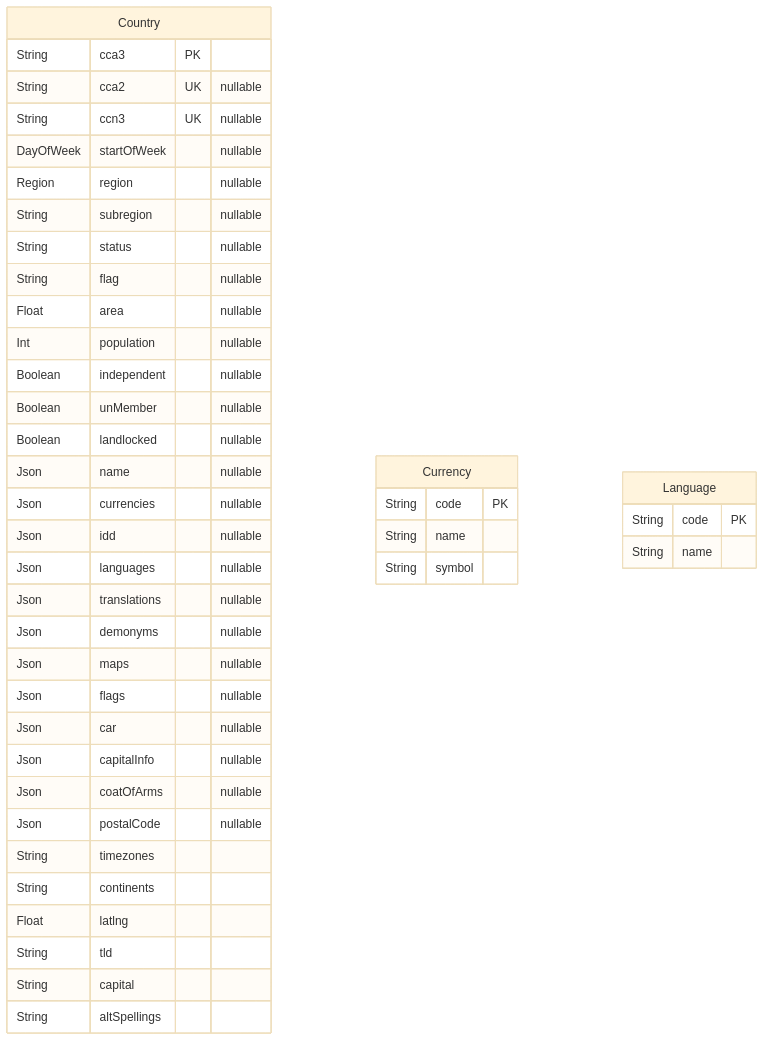
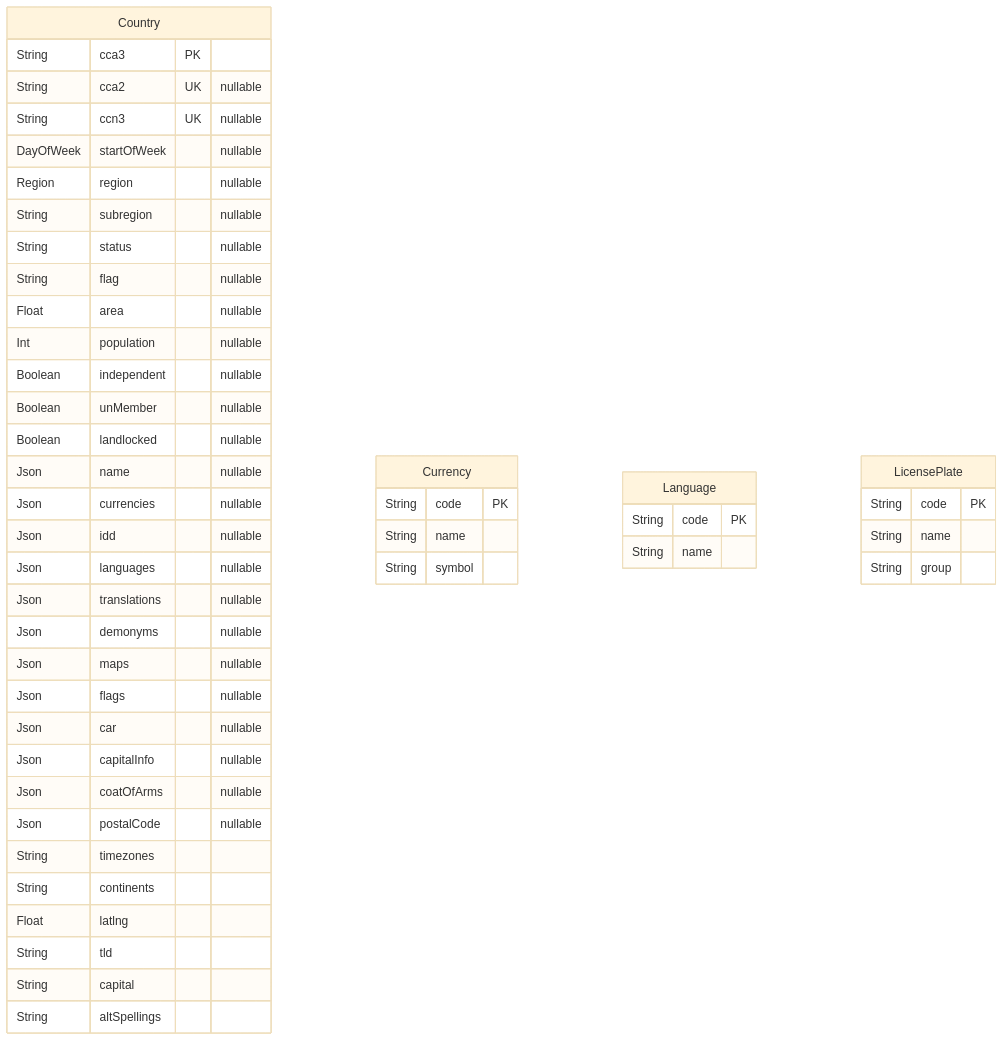
Before and after one commit to hieudoanm/hieudoanm.github.io: the diagram in api/prisma/README.md, drawn with Mermaid (base theme). The commit also changed other lines of this file and 19 other files, not shown here.

Commit message:
Add License Plate

````diff
--- a/api/prisma/README.md
+++ b/api/prisma/README.md
@@ -9,45 +9,50 @@
 ```mermaid
 erDiagram
 "Country" {
     String cca3 PK
     String cca2 UK "nullable"
     String ccn3 UK "nullable"
     DayOfWeek startOfWeek "nullable"
     Region region "nullable"
     String subregion "nullable"
     String status "nullable"
     String flag "nullable"
     Float area "nullable"
     Int population "nullable"
     Boolean independent "nullable"
     Boolean unMember "nullable"
     Boolean landlocked "nullable"
     Json name "nullable"
     Json currencies "nullable"
     Json idd "nullable"
     Json languages "nullable"
     Json translations "nullable"
     Json demonyms "nullable"
     Json maps "nullable"
     Json flags "nullable"
     Json car "nullable"
     Json capitalInfo "nullable"
     Json coatOfArms "nullable"
     Json postalCode "nullable"
     String timezones
     String continents
     Float latlng
     String tld
     String capital
     String altSpellings
 }
 "Currency" {
     String code PK
     String name
     String symbol
 }
 "Language" {
     String code PK
     String name
 }
+"LicensePlate" {
+    String code PK
+    String name
+    String group
+}
 ```
````
